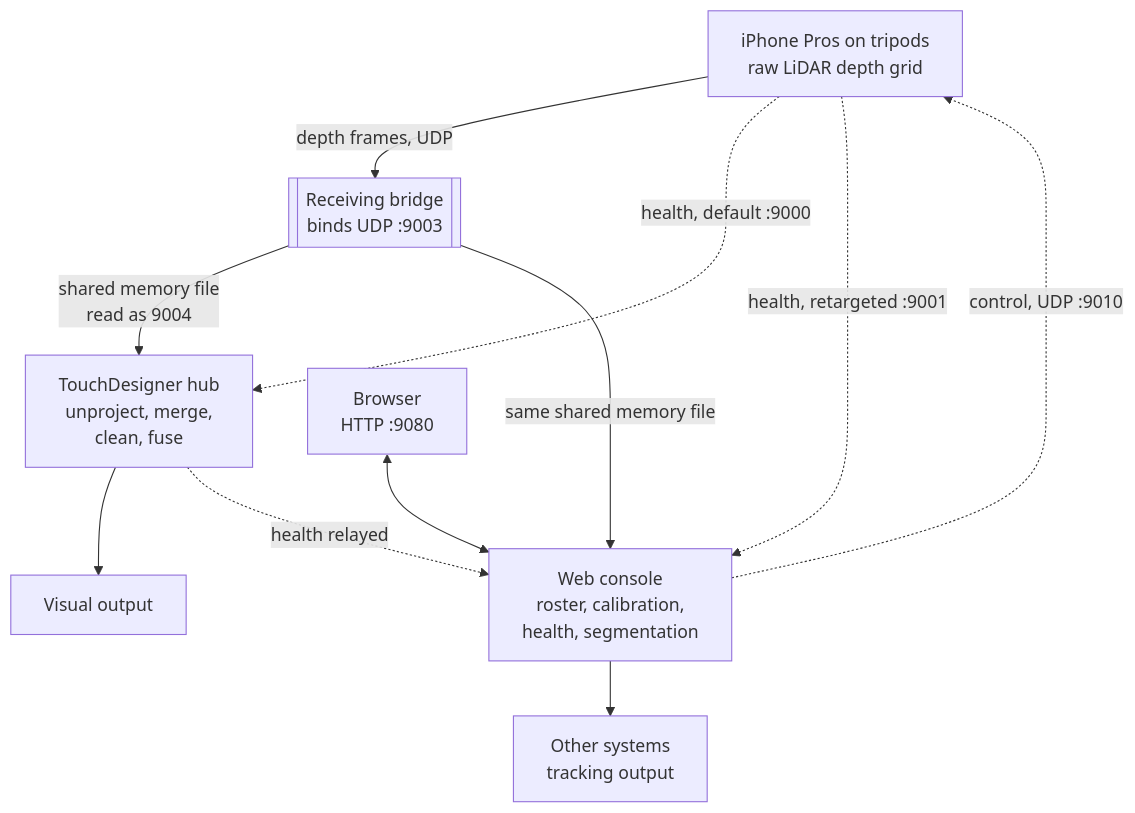
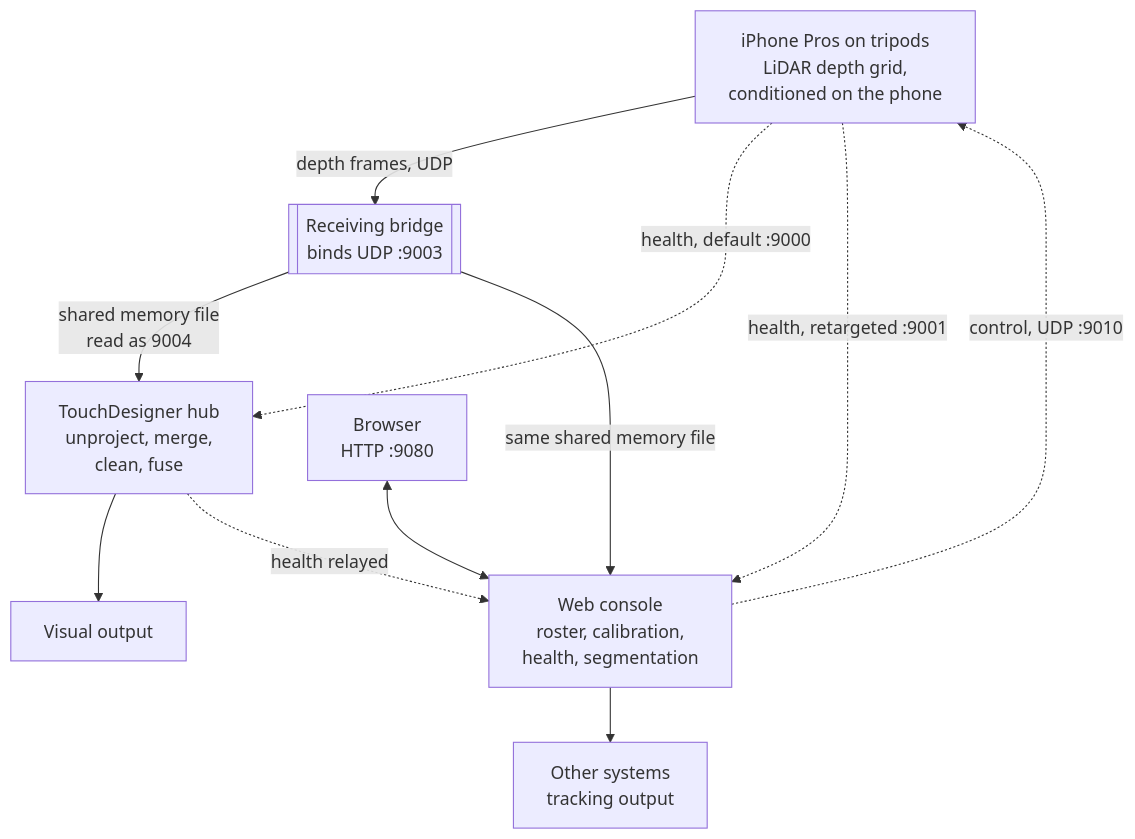
The diagram in index.md (AristidesAI/TDStage-Docs), drawn with Mermaid before and after one commit. The commit also changed other lines of this file and 2 other files, not shown here.

````diff
--- a/index.md
+++ b/index.md
@@ -35,21 +35,21 @@
 ```mermaid
 flowchart TD
-  PH["iPhone Pros on tripods<br/>raw LiDAR depth grid"]
+  PH["iPhone Pros on tripods<br/>LiDAR depth grid,<br/>conditioned on the phone"]
   BR[["Receiving bridge<br/>binds UDP :9003"]]
   TD["TouchDesigner hub<br/>unproject, merge,<br/>clean, fuse"]
   CON["Web console<br/>roster, calibration,<br/>health, segmentation"]
   VIS["Visual output"]
   OUT["Other systems<br/>tracking output"]
   BROW["Browser<br/>HTTP :9080"]
 
   PH -- "depth frames, UDP" --> BR
   BR -- "shared memory file<br/>read as 9004" --> TD
   BR -- "same shared memory file" --> CON
   TD --> VIS
   CON --> OUT
   BROW <--> CON
   PH -. "health, default :9000" .-> TD
   TD -. "health relayed" .-> CON
   PH -. "health, retargeted :9001" .-> CON
   CON -. "control, UDP :9010" .-> PH
 ```
````
